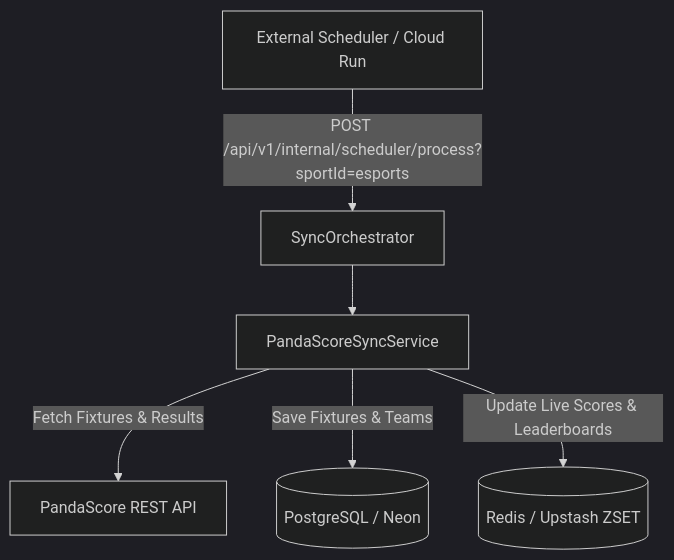
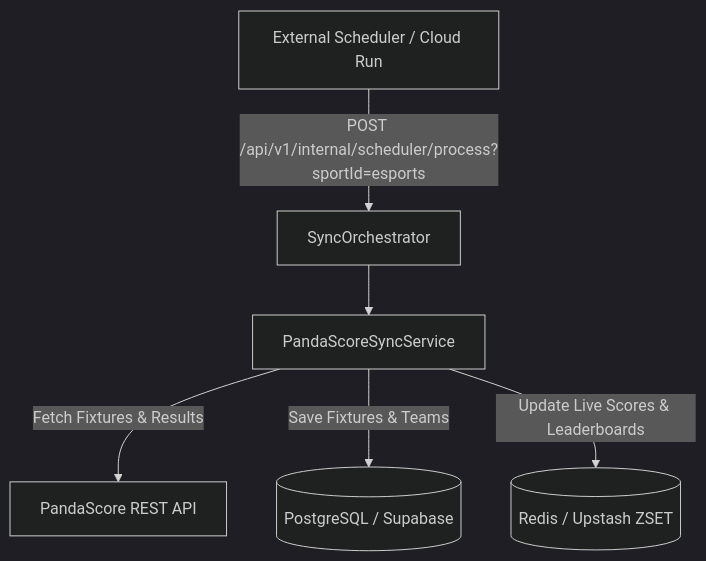
One commit to lvmp/ligadospalpites-core changed the diagram in docs/esports_prd.md. Above: the diagram before and after it, drawn with Mermaid (dark theme). The commit also changed 18 other files, not shown here.

Commit message:
docs(persistence): migrate relational database standardization from Neon to Supabase PostgreSQL

````diff
--- a/docs/esports_prd.md
+++ b/docs/esports_prd.md
@@ -75,8 +75,8 @@
 ```mermaid
 graph TD
     A[External Scheduler / Cloud Run] -->|POST /api/v1/internal/scheduler/process?sportId=esports| B[SyncOrchestrator]
     B --> C[PandaScoreSyncService]
     C -->|Fetch Fixtures & Results| D[PandaScore REST API]
-    C -->|Save Fixtures & Teams| E[(PostgreSQL / Neon)]
+    C -->|Save Fixtures & Teams| E[(PostgreSQL / Supabase)]
     C -->|Update Live Scores & Leaderboards| F[(Redis / Upstash ZSET)]
 ```
````
